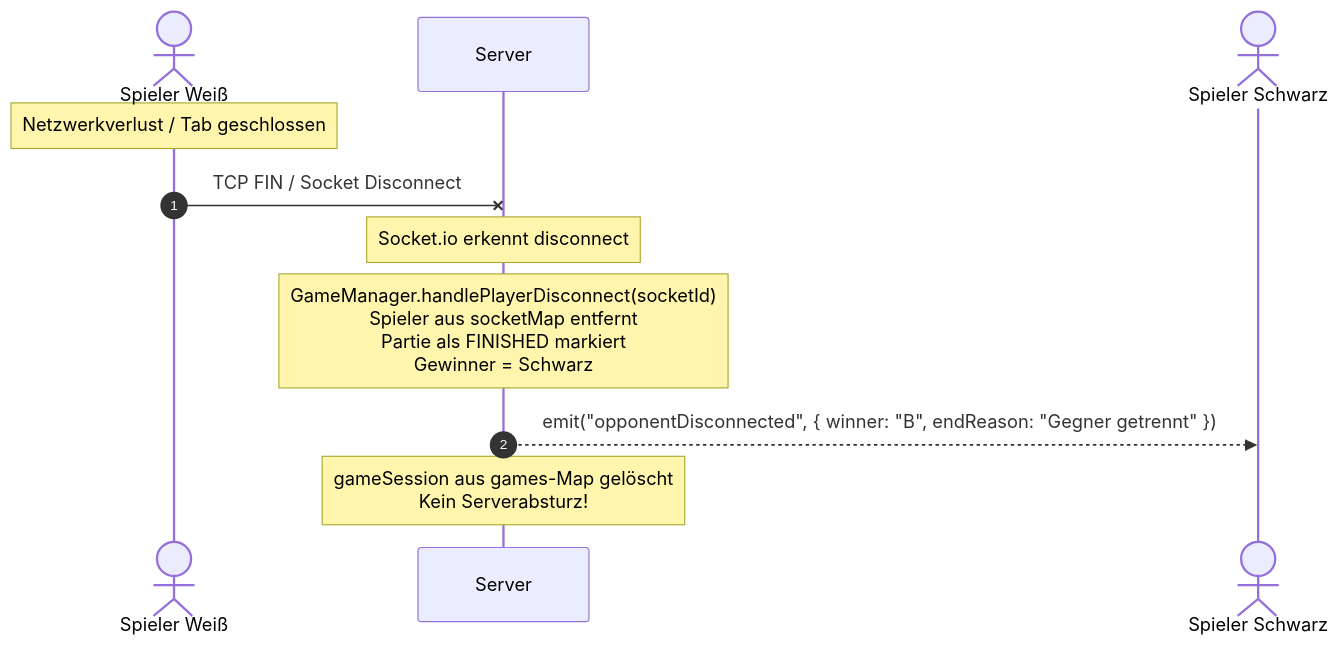
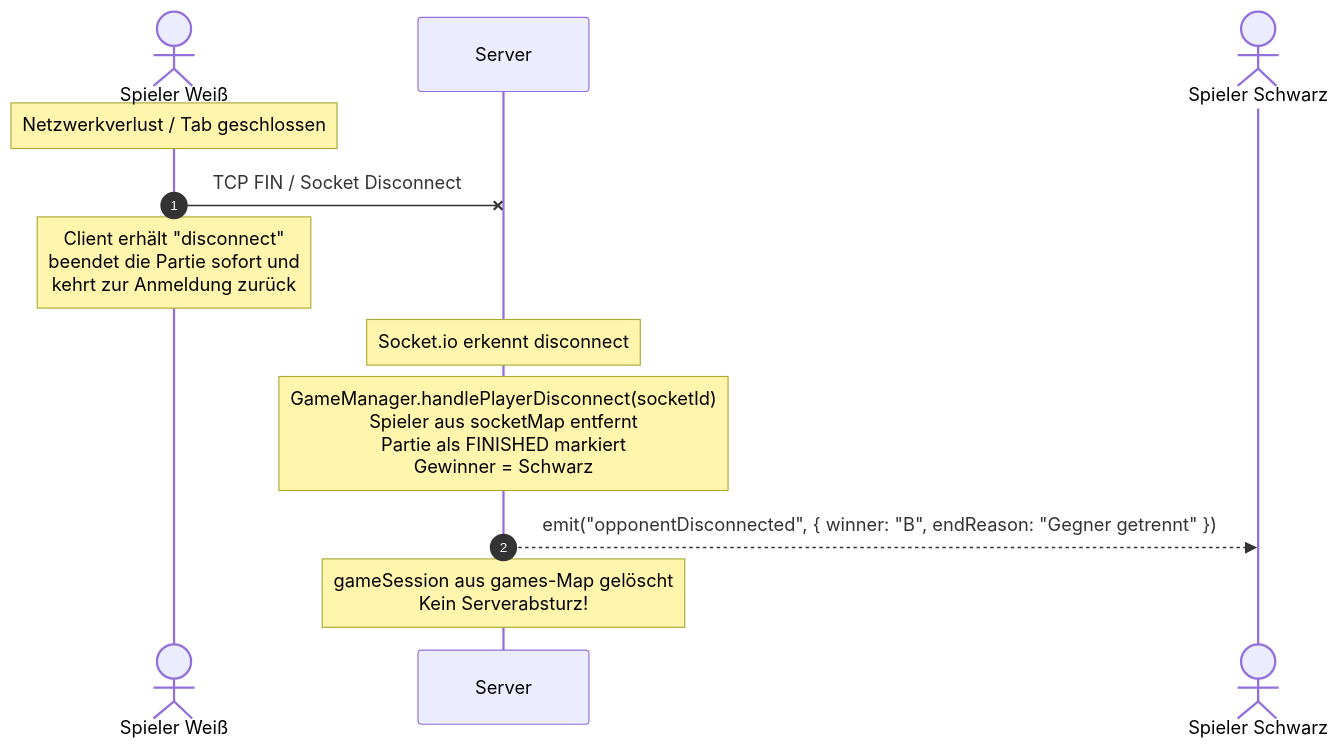
The eighth of 10 diagrams in Systemmodel.md (sventurbo/MuehleJS), drawn with Mermaid before and after one commit. The commit also changed other lines of this file and 1 other file, not shown here.

````diff
--- a/Systemmodel.md
+++ b/Systemmodel.md
@@ -384,14 +386,15 @@
 ```mermaid
 sequenceDiagram
     autonumber
     actor P1 as Spieler Weiß
     participant S as Server
     actor P2 as Spieler Schwarz
 
     Note over P1: Netzwerkverlust / Tab geschlossen
     P1-xS: TCP FIN / Socket Disconnect
+    Note over P1: Client erhält "disconnect"<br/>beendet die Partie sofort und<br/>kehrt zur Anmeldung zurück
     Note over S: Socket.io erkennt disconnect
     Note over S: GameManager.handlePlayerDisconnect(socketId)<br/>Spieler aus socketMap entfernt<br/>Partie als FINISHED markiert<br/>Gewinner = Schwarz
     S-->>P2: emit("opponentDisconnected", { winner: "B", endReason: "Gegner getrennt" })
     Note over S: gameSession aus games-Map gelöscht<br/>Kein Serverabsturz!
 ```
````
